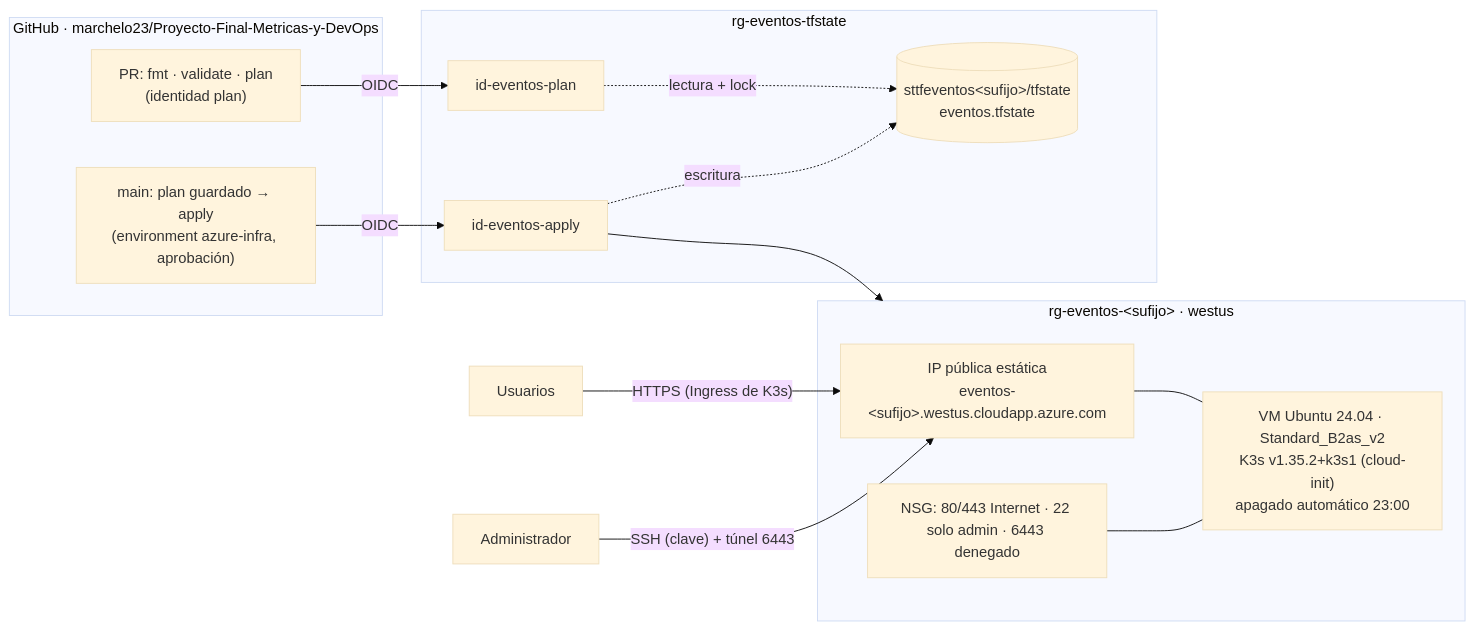
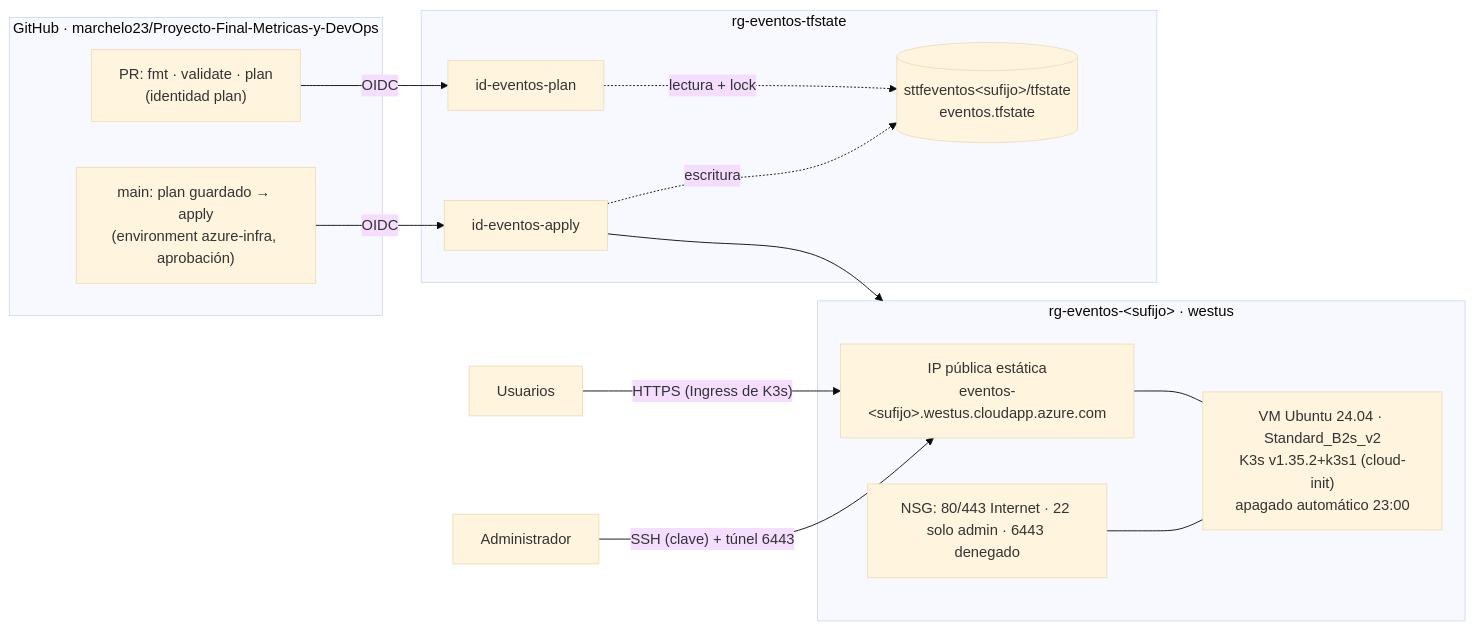
The diagram in docs/infra/README.md (Sushiland123/Proyecto-Final-Metricas-y-DevOps), drawn with Mermaid (base theme) before and after one commit. The commit also changed other lines of this file and 2 other files, not shown here.

Commit message:
infra(DEV-06): usar Standard_B2s_v2 por falta de capacidad de B2as_v2 en westus

````diff
--- a/docs/infra/README.md
+++ b/docs/infra/README.md
@@ -7,26 +7,26 @@
 ```mermaid
 flowchart LR
     subgraph gh["GitHub · marchelo23/Proyecto-Final-Metricas-y-DevOps"]
         pr["PR: fmt · validate · plan<br/>(identidad plan)"]
         main["main: plan guardado → apply<br/>(environment azure-infra, aprobación)"]
     end
     subgraph state["rg-eventos-tfstate"]
         st[("sttfeventos&lt;sufijo&gt;/tfstate<br/>eventos.tfstate")]
         idp["id-eventos-plan"]
         ida["id-eventos-apply"]
     end
     subgraph rg["rg-eventos-&lt;sufijo&gt; · westus"]
         pip["IP pública estática<br/>eventos-&lt;sufijo&gt;.westus.cloudapp.azure.com"]
         nsg["NSG: 80/443 Internet · 22 solo admin · 6443 denegado"]
-        vm["VM Ubuntu 24.04 · Standard_B2as_v2<br/>K3s v1.35.2+k3s1 (cloud-init)<br/>apagado automático 23:00"]
+        vm["VM Ubuntu 24.04 · Standard_B2s_v2<br/>K3s v1.35.2+k3s1 (cloud-init)<br/>apagado automático 23:00"]
         pip --- vm
         nsg --- vm
     end
     pr -- OIDC --> idp
     main -- OIDC --> ida
     idp -. lectura + lock .-> st
     ida -. escritura .-> st
     ida --> rg
     users["Usuarios"] -- "HTTPS (Ingress de K3s)" --> pip
     admin["Administrador"] -- "SSH (clave) + túnel 6443" --> pip
 ```
````
